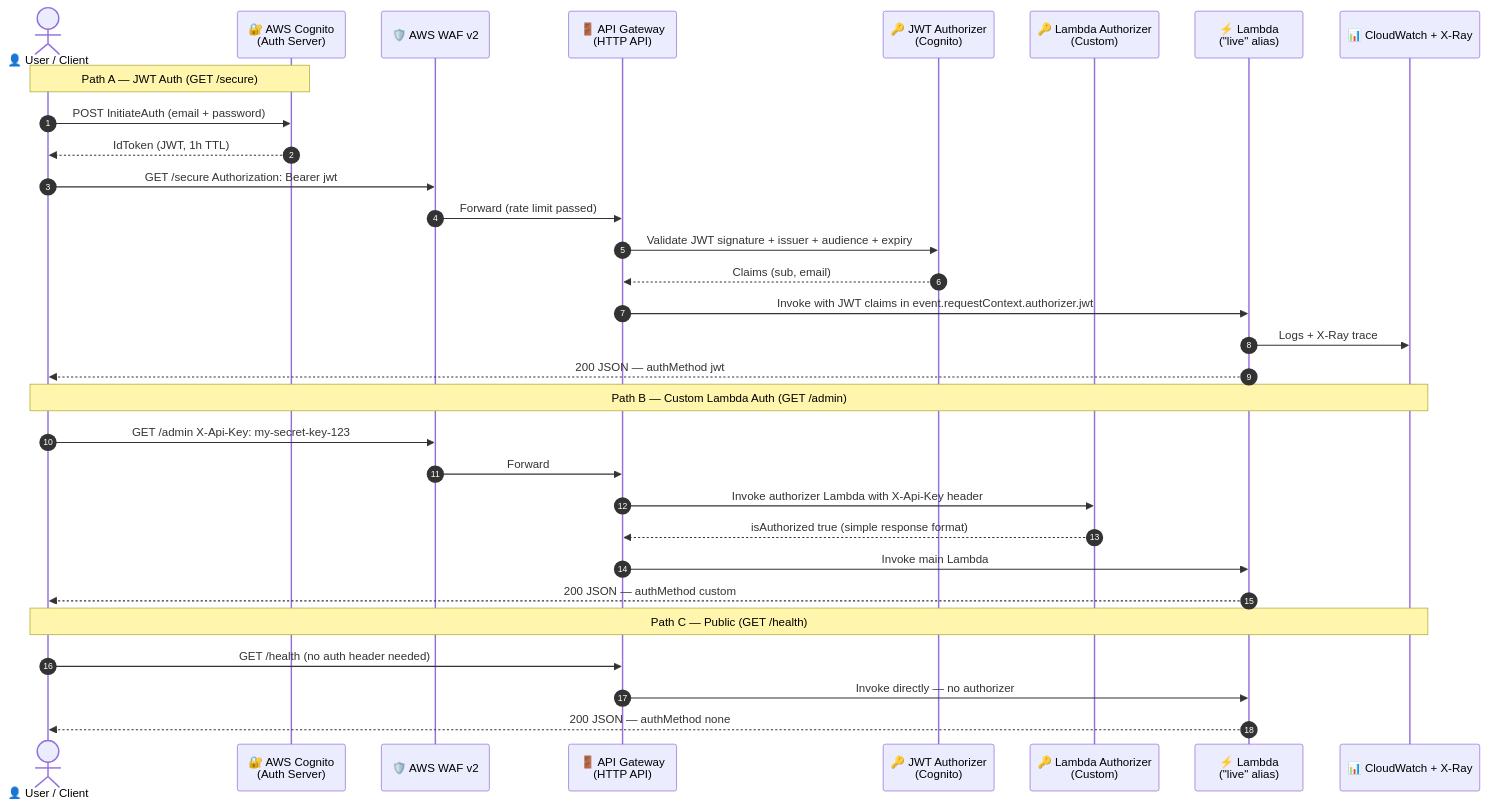
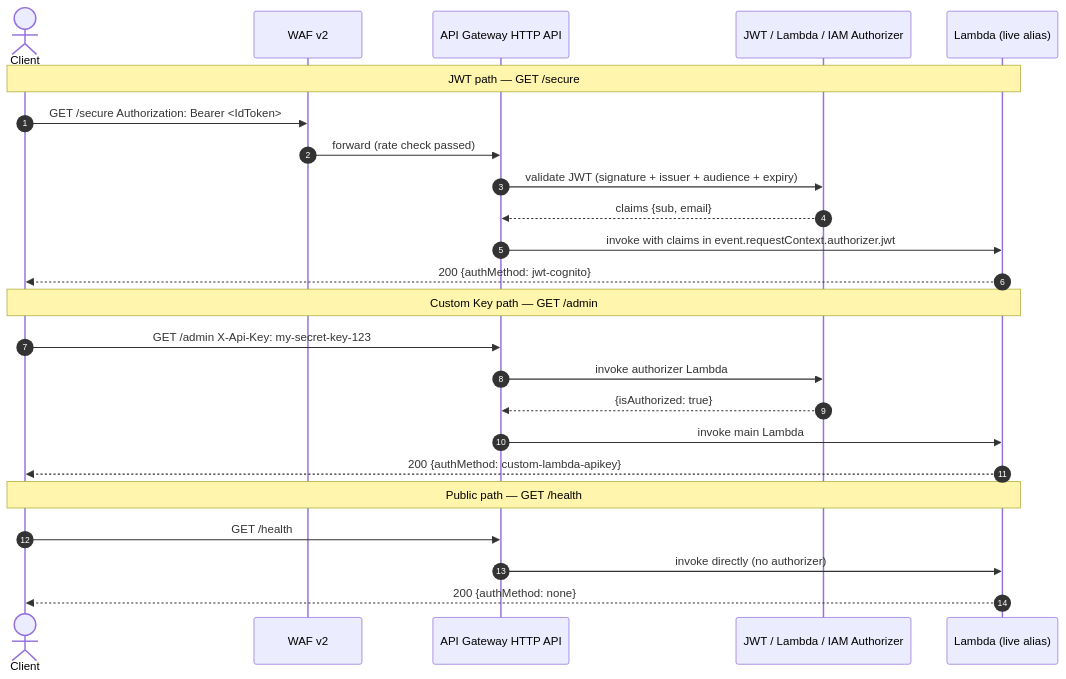
The first of 2 diagrams in README.md (sureshullagaddi/api-gateway-terraform), drawn with Mermaid before and after one commit. The commit also changed other lines of this file, not shown here.

````diff
--- a/README.md
+++ b/README.md
@@ -11,36 +22,29 @@
 ```mermaid
 sequenceDiagram
     autonumber
-    actor User as 👤 User / Client
-    participant Cognito as 🔐 AWS Cognito<br/>(Auth Server)
-    participant WAF as 🛡️ AWS WAF v2
-    participant APIGW as 🚪 API Gateway<br/>(HTTP API)
-    participant JWTAuth as 🔑 JWT Authorizer<br/>(Cognito)
-    participant LambdaAuth as 🔑 Lambda Authorizer<br/>(Custom)
-    participant Lambda as ⚡ Lambda<br/>("live" alias)
-    participant CW as 📊 CloudWatch + X-Ray
+    actor C as Client
+    participant WAF as WAF v2
+    participant GW as API Gateway HTTP API
+    participant Auth as JWT / Lambda / IAM Authorizer
+    participant L as Lambda (live alias)
 
-    Note over User,Cognito: Path A — JWT Auth (GET /secure)
-    User->>Cognito: POST InitiateAuth (email + password)
-    Cognito-->>User: IdToken (JWT, 1h TTL)
-    User->>WAF: GET /secure  Authorization: Bearer jwt
-    WAF->>APIGW: Forward (rate limit passed)
-    APIGW->>JWTAuth: Validate JWT signature + issuer + audience + expiry
-    JWTAuth-->>APIGW: Claims (sub, email)
-    APIGW->>Lambda: Invoke with JWT claims in event.requestContext.authorizer.jwt
-    Lambda->>CW: Logs + X-Ray trace
-    Lambda-->>User: 200 JSON — authMethod jwt
+    Note over C,L: JWT path — GET /secure
+    C->>WAF: GET /secure  Authorization: Bearer <IdToken>
+    WAF->>GW: forward (rate check passed)
+    GW->>Auth: validate JWT (signature + issuer + audience + expiry)
+    Auth-->>GW: claims {sub, email}
+    GW->>L: invoke with claims in event.requestContext.authorizer.jwt
+    L-->>C: 200 {authMethod: jwt-cognito}
 
-    Note over User,CW: Path B — Custom Lambda Auth (GET /admin)
-    User->>WAF: GET /admin  X-Api-Key: my-secret-key-123
-    WAF->>APIGW: Forward
-    APIGW->>LambdaAuth: Invoke authorizer Lambda with X-Api-Key header
-    LambdaAuth-->>APIGW: isAuthorized true (simple response format)
-    APIGW->>Lambda: Invoke main Lambda
-    Lambda-->>User: 200 JSON — authMethod custom
+    Note over C,L: Custom Key path — GET /admin
+    C->>GW: GET /admin  X-Api-Key: my-secret-key-123
+    GW->>Auth: invoke authorizer Lambda
+    Auth-->>GW: {isAuthorized: true}
+    GW->>L: invoke main Lambda
+    L-->>C: 200 {authMethod: custom-lambda-apikey}
 
-    Note over User,CW: Path C — Public (GET /health)
-    User->>APIGW: GET /health (no auth header needed)
-    APIGW->>Lambda: Invoke directly — no authorizer
-    Lambda-->>User: 200 JSON — authMethod none
+    Note over C,L: Public path — GET /health
+    C->>GW: GET /health
+    GW->>L: invoke directly (no authorizer)
+    L-->>C: 200 {authMethod: none}
 ```
````
